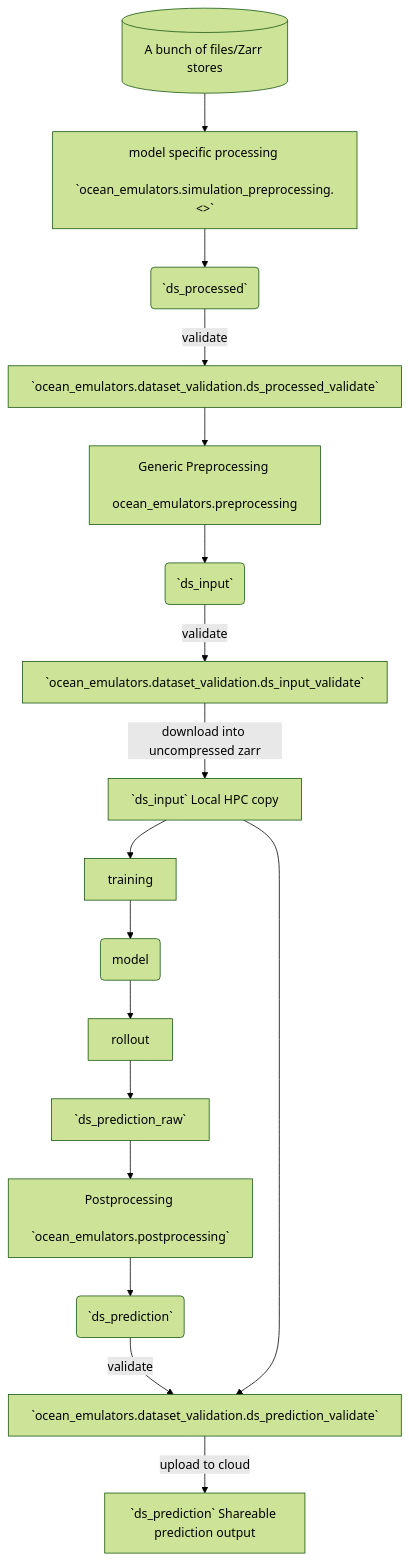
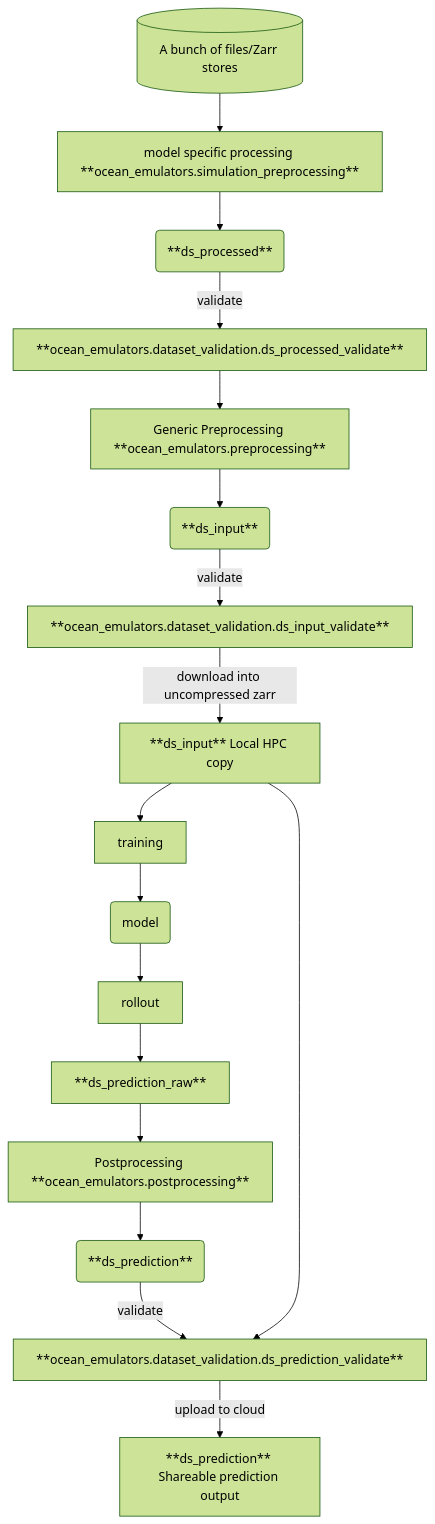
The diagram in data/README.md (m2lines/Samudra), drawn with Mermaid (forest theme) before and after one commit.

````diff
--- a/data/README.md
+++ b/data/README.md
@@ -5,19 +5,19 @@
 ```mermaid
 flowchart TD
-    a[(A bunch of files/Zarr stores)] --> A[model specific processing \n `ocean_emulators.simulation_preprocessing.<>`]
-    A -->  b(`ds_processed`)
-    b --> |validate| B[`ocean_emulators.dataset_validation.ds_processed_validate`]
-    B --> C[Generic Preprocessing \n ocean_emulators.preprocessing]
-    C --> c(`ds_input`)
-    c --> |validate| D[`ocean_emulators.dataset_validation.ds_input_validate`]
-    D --> |download into uncompressed zarr| CC[ `ds_input` Local HPC copy]
+    a[(A bunch of files/Zarr stores)] --> A[model specific processing **ocean_emulators.simulation_preprocessing**]
+    A -->  b(**ds_processed**)
+    b --> |validate| B[**ocean_emulators.dataset_validation.ds_processed_validate**]
+    B --> C[Generic Preprocessing **ocean_emulators.preprocessing**]
+    C --> c(**ds_input**)
+    c --> |validate| D[**ocean_emulators.dataset_validation.ds_input_validate**]
+    D --> |download into uncompressed zarr| CC[ **ds_input** Local HPC copy]
     CC --> E[training]
     E --> d(model)
     d --> F[rollout]
-    F --> e[`ds_prediction_raw`]
-    e --> H[Postprocessing \n `ocean_emulators.postprocessing`]
-    H --> f(`ds_prediction`)
-    f -->|validate| I[`ocean_emulators.dataset_validation.ds_prediction_validate`]
+    F --> e[**ds_prediction_raw**]
+    e --> H[Postprocessing **ocean_emulators.postprocessing**]
+    H --> f(**ds_prediction**)
+    f -->|validate| I[**ocean_emulators.dataset_validation.ds_prediction_validate**]
     CC --> I
-    I --> |upload to cloud| J[`ds_prediction` Shareable prediction output]
+    I --> |upload to cloud| J[**ds_prediction** Shareable prediction output]
 ```
````
